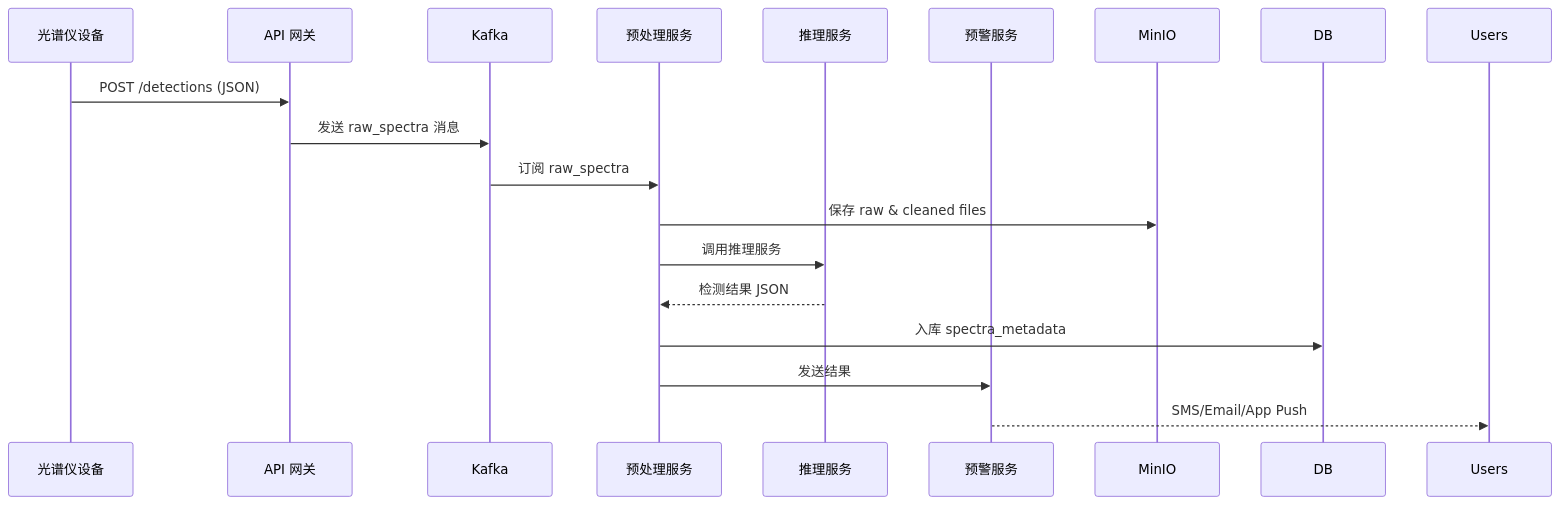
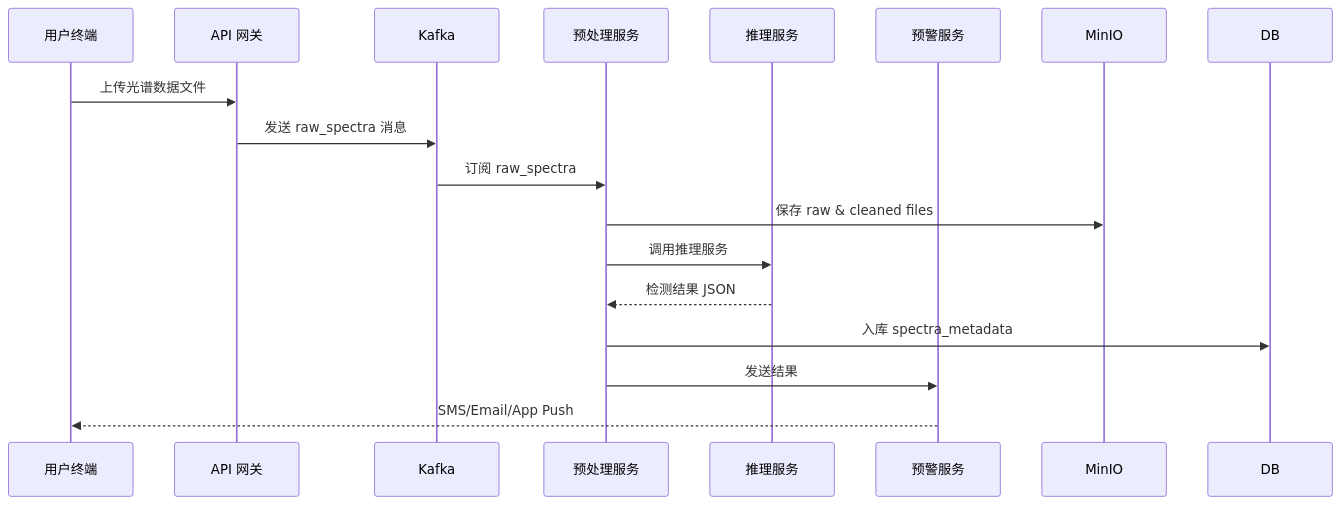
Before and after one commit to chenxingqiang/uv-detection-platform: the first of 4 diagrams in plan.md, drawn with Mermaid. The commit also changed other lines of this file, not shown here.

````diff
--- a/plan.md
+++ b/plan.md
@@ -522,18 +522,18 @@
 ```mermaid
 sequenceDiagram
-    participant Device as 光谱仪设备
+    participant User as 用户终端
     participant Gateway as API 网关
     participant Kafka as Kafka
     participant Cleaner as 预处理服务
     participant Infer as 推理服务
     participant Alert as 预警服务
-    Device->>Gateway: POST /detections (JSON)
+    User->>Gateway: 上传光谱数据文件
     Gateway->>Kafka: 发送 raw_spectra 消息
     Kafka->>Cleaner: 订阅 raw_spectra
     Cleaner->>MinIO: 保存 raw & cleaned files
     Cleaner->>Infer: 调用推理服务
     Infer-->>Cleaner: 检测结果 JSON
     Cleaner->>DB: 入库 spectra_metadata
     Cleaner->>Alert: 发送结果
-    Alert-->>Users: SMS/Email/App Push
+    Alert-->>User: SMS/Email/App Push
 ```
````
